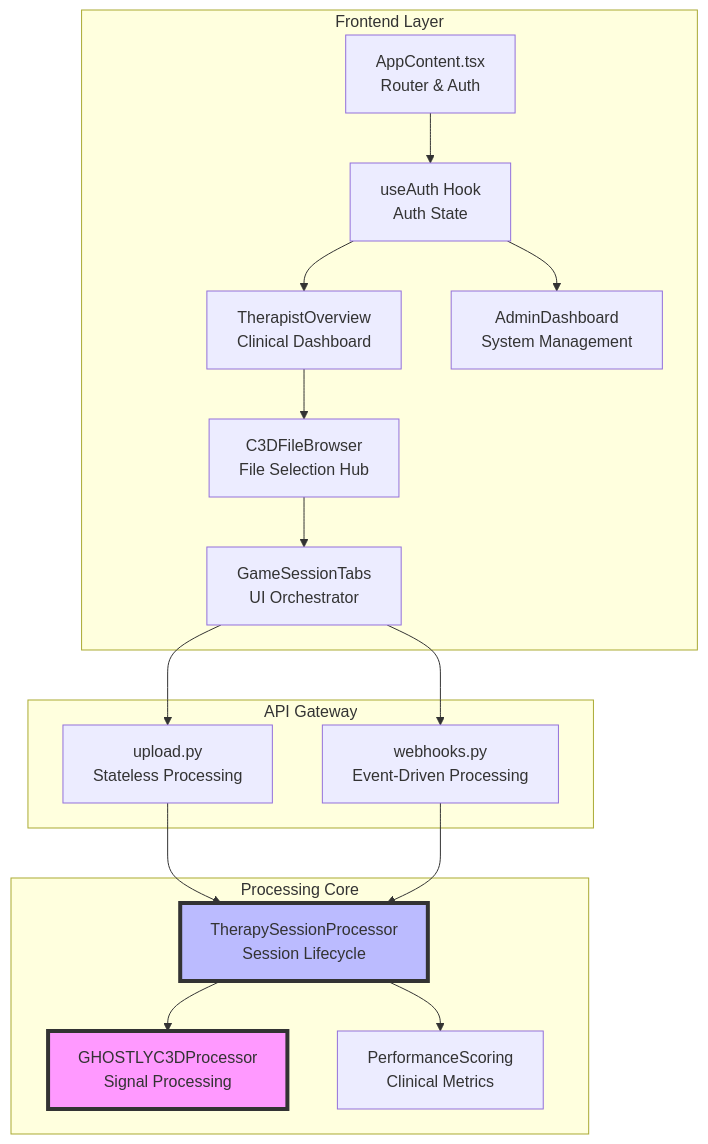
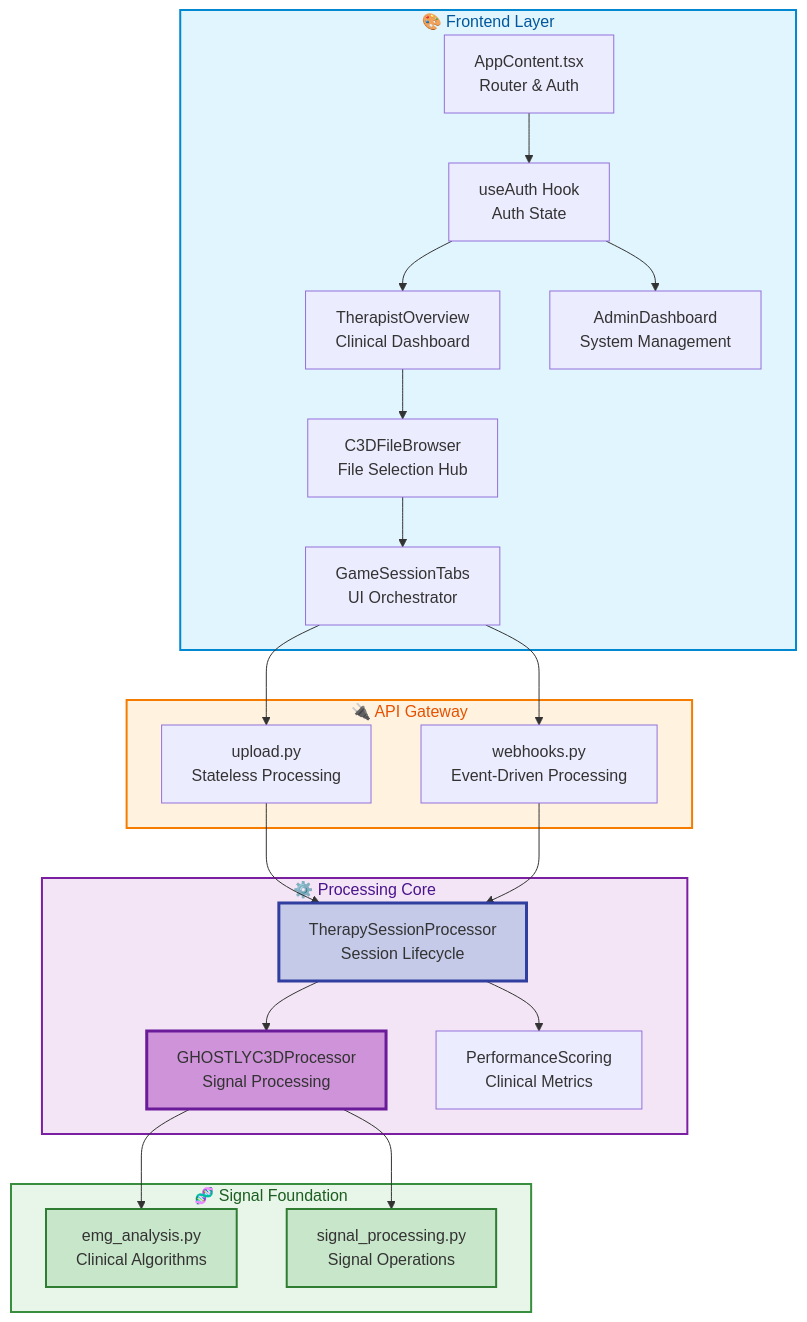
Before and after one commit to ggustin93/emg-c3d-analyzer: the diagram in docusaurus/docs/architecture/critical-files.md, drawn with Mermaid. The commit also changed other lines of this file and 9 other files, not shown here.

````diff
--- a/docusaurus/docs/architecture/critical-files.md
+++ b/docusaurus/docs/architecture/critical-files.md
@@ -15,37 +15,60 @@
 ```mermaid
 graph TB
-    subgraph "Frontend Layer"
+    subgraph frontend["🎨 Frontend Layer"]
         AC[AppContent.tsx<br/>Router & Auth]
         UA[useAuth Hook<br/>Auth State]
         TO[TherapistOverview<br/>Clinical Dashboard]
         AD[AdminDashboard<br/>System Management]
         GT[GameSessionTabs<br/>UI Orchestrator]
         CFB[C3DFileBrowser<br/>File Selection Hub]
     end
     
-    subgraph "API Gateway"
+    subgraph api["🔌 API Gateway"]
         UP[upload.py<br/>Stateless Processing]
         WH[webhooks.py<br/>Event-Driven Processing]
     end
     
-    subgraph "Processing Core"
+    subgraph processing["⚙️ Processing Core"]
         TS[TherapySessionProcessor<br/>Session Lifecycle]
         C3D[GHOSTLYC3DProcessor<br/>Signal Processing]
         PS[PerformanceScoring<br/>Clinical Metrics]
     end
     
+    subgraph foundation["🧬 Signal Foundation"]
+        EA[emg_analysis.py<br/>Clinical Algorithms]
+        SP[signal_processing.py<br/>Signal Operations]
+    end
+    
+    %% Frontend connections
     AC --> UA
     UA --> TO
     UA --> AD
     TO --> CFB
     CFB --> GT
+    
+    %% API connections
     GT --> UP
     GT --> WH
+    
+    %% Processing connections
     UP --> TS
     WH --> TS
     TS --> C3D
     TS --> PS
     
-    style C3D fill:#f9f,stroke:#333,stroke-width:4px
-    style TS fill:#bbf,stroke:#333,stroke-width:4px
+    %% Foundation connections
+    C3D --> EA
+    C3D --> SP
+    
+    %% Layer styling with professional colors
+    style frontend fill:#e1f5fe,stroke:#0288d1,stroke-width:2px,color:#01579b
+    style api fill:#fff3e0,stroke:#f57c00,stroke-width:2px,color:#e65100
+    style processing fill:#f3e5f5,stroke:#7b1fa2,stroke-width:2px,color:#4a148c
+    style foundation fill:#e8f5e9,stroke:#388e3c,stroke-width:2px,color:#1b5e20
+    
+    %% Critical component highlighting
+    style TS fill:#c5cae9,stroke:#303f9f,stroke-width:3px
+    style C3D fill:#ce93d8,stroke:#6a1b9a,stroke-width:3px
+    style EA fill:#c8e6c9,stroke:#2e7d32,stroke-width:2px
+    style SP fill:#c8e6c9,stroke:#2e7d32,stroke-width:2px
 ```
````
